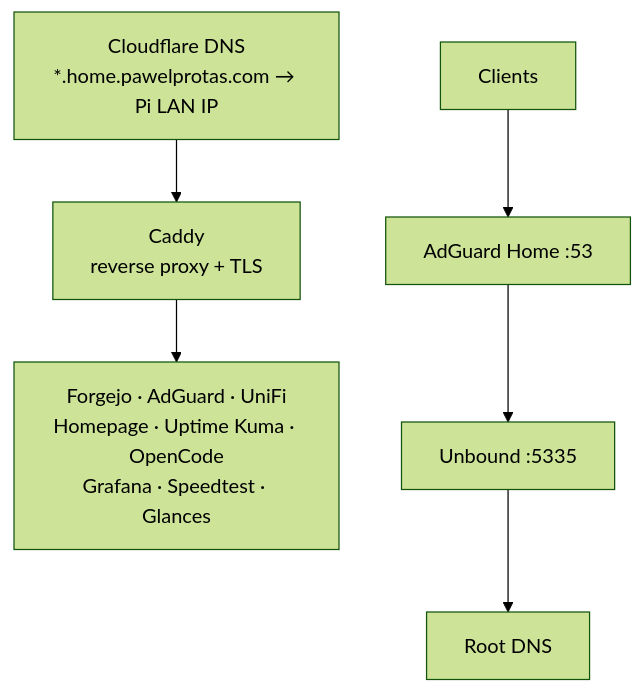
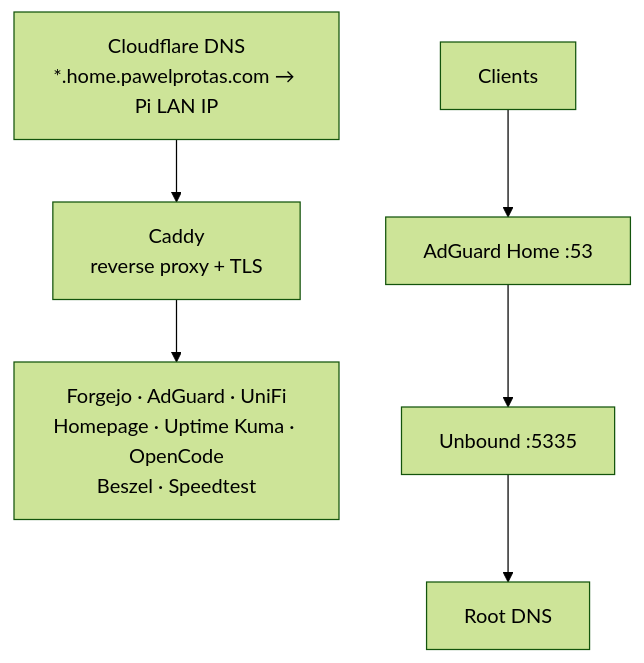
The diagram in README.md (pprotas/homelab), drawn with Mermaid (forest theme) before and after one commit. The commit also changed other lines of this file and 1 other file, not shown here.

Commit message:
docs: replace Grafana/Glances/InfluxDB references with Beszel across all docs

````diff
--- a/README.md
+++ b/README.md
@@ -7,7 +7,7 @@
 ```mermaid
 graph TD
     CF["Cloudflare DNS<br>*.home.pawelprotas.com → Pi LAN IP"]
     CF --> Caddy["Caddy<br>reverse proxy + TLS"]
-    Caddy --> Services["Forgejo · AdGuard · UniFi<br>Homepage · Uptime Kuma · OpenCode<br>Grafana · Speedtest · Glances"]
+    Caddy --> Services["Forgejo · AdGuard · UniFi<br>Homepage · Uptime Kuma · OpenCode<br>Beszel · Speedtest"]
     Clients["Clients"] --> AdGuard["AdGuard Home :53"] --> Unbound["Unbound :5335"] --> Root["Root DNS"]
 ```
````
